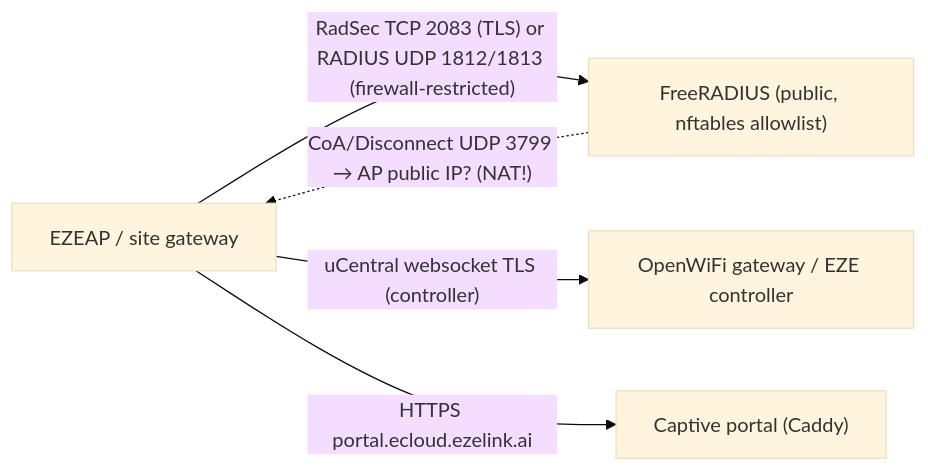
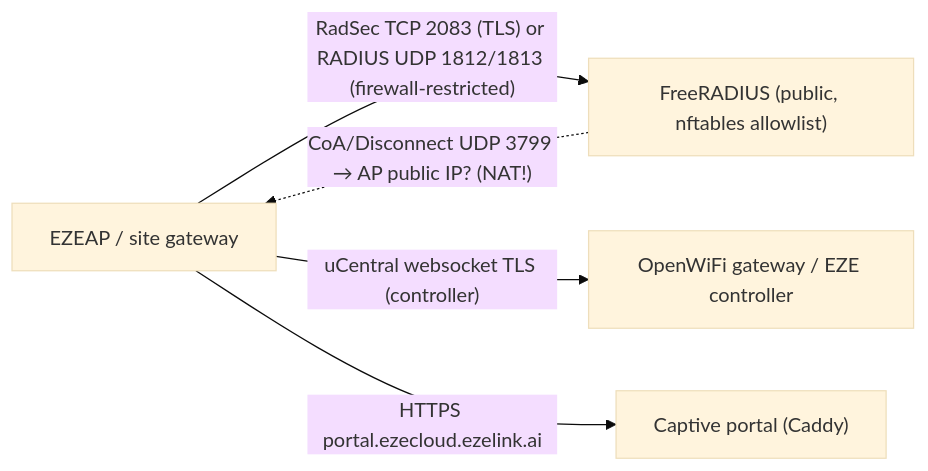
The third of 5 diagrams in WIREGUARD_ARCHITECTURE.md (dannymagat/ecloud), drawn with Mermaid (base theme) before and after one commit. The commit also changed other lines of this file and 109 other files, not shown here.

````diff
--- a/WIREGUARD_ARCHITECTURE.md
+++ b/WIREGUARD_ARCHITECTURE.md
@@ -157,7 +157,7 @@
 ```mermaid
 flowchart LR
   AP["EZEAP / site gateway"] -- "RadSec TCP 2083 (TLS) or RADIUS UDP 1812/1813 (firewall-restricted)" --> FR["FreeRADIUS (public, nftables allowlist)"]
   AP -- "uCentral websocket TLS (controller)" --> OWGW["OpenWiFi gateway / EZE controller"]
-  AP -- "HTTPS portal.ecloud.ezelink.ai" --> PORTAL["Captive portal (Caddy)"]
+  AP -- "HTTPS portal.ezecloud.ezelink.ai" --> PORTAL["Captive portal (Caddy)"]
   FR -. "CoA/Disconnect UDP 3799 → AP public IP? (NAT!)" .-> AP
 ```
````
